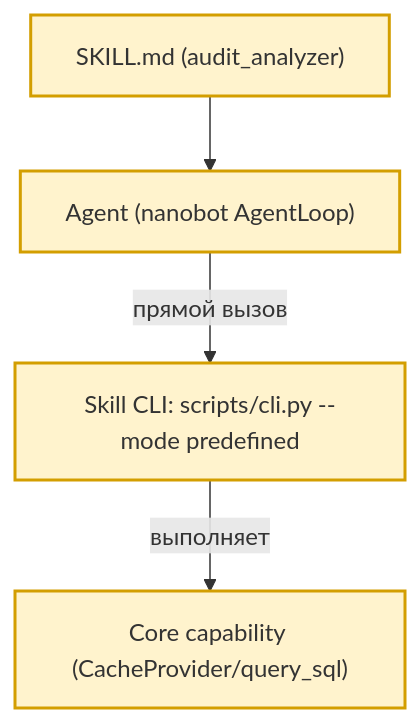
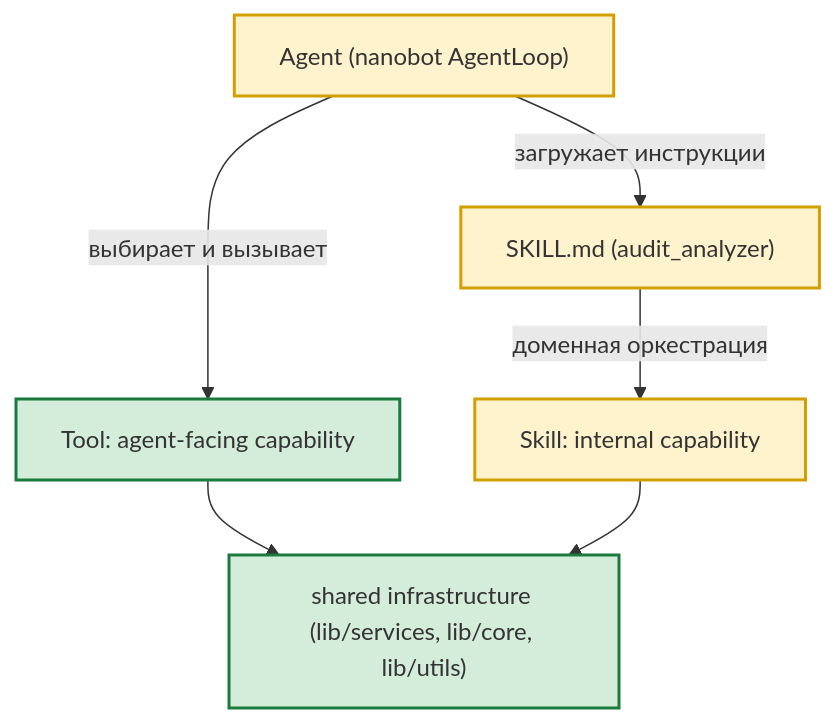
The second of 12 diagrams in docs/TARGET_ARCHITECTURE.md (AlexEgorov85/workspaces_nanobot), drawn with Mermaid before and after one commit. The commit also changed other lines of this file and 3 other files, not shown here.

````diff
--- a/docs/TARGET_ARCHITECTURE.md
+++ b/docs/TARGET_ARCHITECTURE.md
@@ -254,8 +258,12 @@
 ```mermaid
 flowchart TD
-    SK["SKILL.md (audit_analyzer)"] --> AG["Agent (nanobot AgentLoop)"]
-    AG -->|прямой вызов| EX["Skill CLI: scripts/cli.py --mode predefined"]
-    EX -->|выполняет| CAP["Core capability (CacheProvider/query_sql)"]
+    AG["Agent (nanobot AgentLoop)"] -->|выбирает и вызывает| TL["Tool: agent-facing capability"]
+    AG -->|загружает инструкции| SK["SKILL.md (audit_analyzer)"]
+    SK -->|доменная оркестрация| EX["Skill: internal capability"]
+    TL --> SVC["shared infrastructure (lib/services, lib/core, lib/utils)"]
+    EX --> SVC
     classDef core fill:#fff3cd,stroke:#d39e00,stroke-width:2px
-    class SK,AG,EX,CAP core
+    classDef infra fill:#d4edda,stroke:#1b7a3d,stroke-width:2px
+    class AG,SK,EX core
+    class TL,SVC infra
 ```
````
